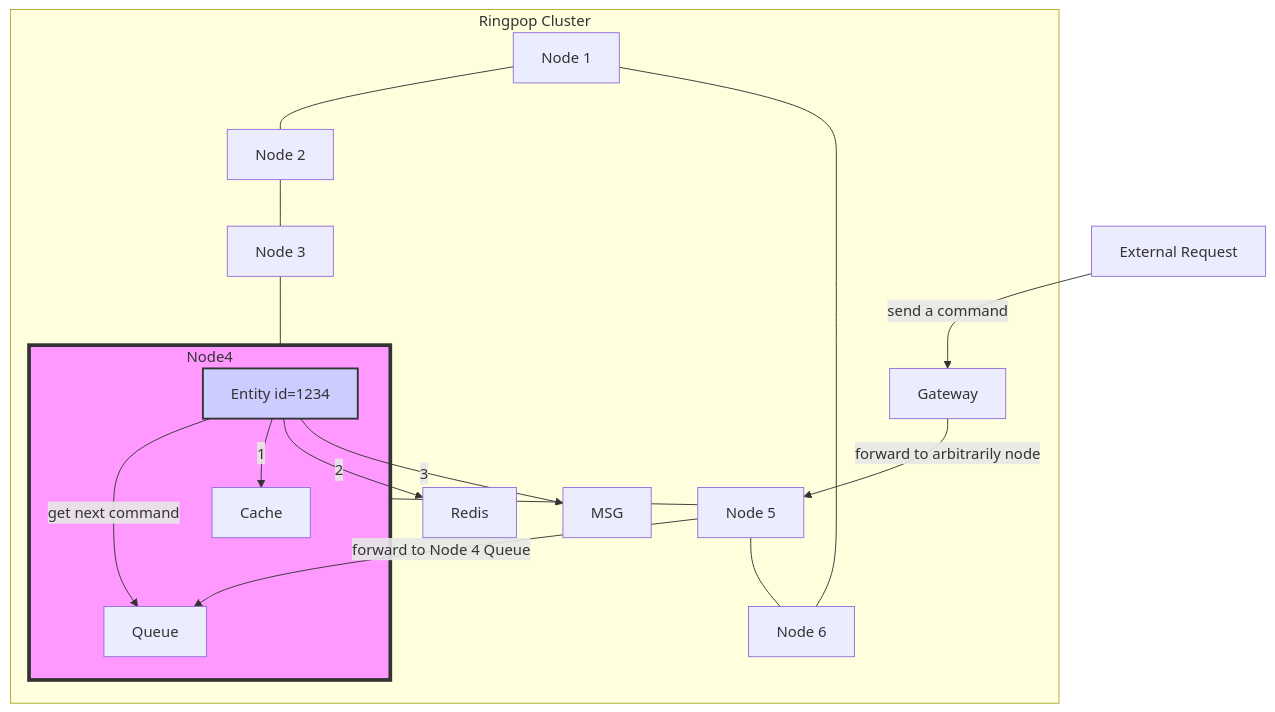
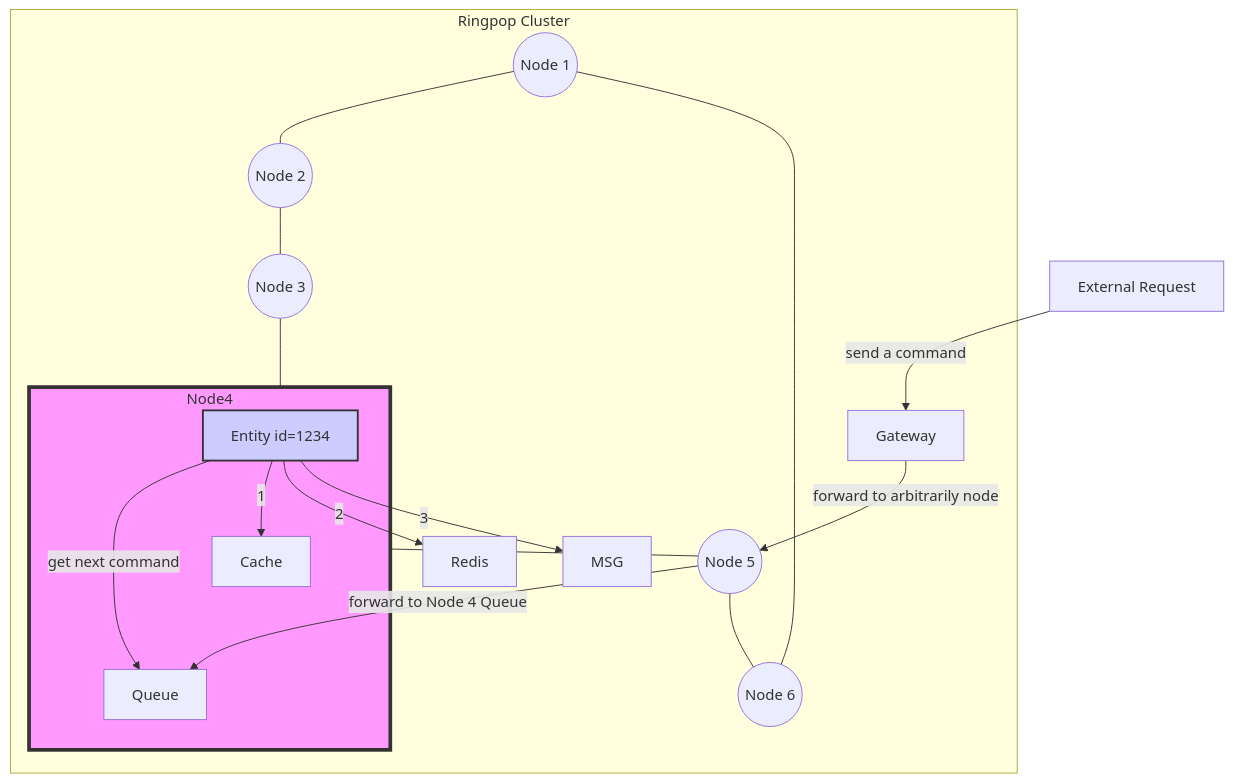
The diagram in ringpop-queue-lock.md (ned13/brief-history-of-scaling-uber), drawn with Mermaid before and after one commit.

````diff
--- a/ringpop-queue-lock.md
+++ b/ringpop-queue-lock.md
@@ -1,37 +1,37 @@
 ```mermaid
 graph TD
     subgraph Ringpop Cluster
-        Node1[Node 1] --- Node2[Node 2]
-        Node2[Node 2] --- Node3[Node 3]
-        Node3[Node 3] --- Node4[Node 4]
-        Node4[Node 4] --- Node5[Node 5]
-        Node5[Node 5] --- Node6[Node 6]
-        Node6[Node 6] --- Node1[Node 1]
+        Node1((Node 1)) --- Node2((Node 2))
+        Node2((Node 2)) --- Node3((Node 3))
+        Node3((Node 3)) --- Node4((Node 4))
+        Node4((Node 4)) --- Node5((Node 5))
+        Node5((Node 5)) --- Node6((Node 6))
+        Node6((Node 6)) --- Node1((Node 1))
         Gateway
         Redis
         MSG
     end
     
-
+    
     subgraph Node4
         Entity1234["Entity id=1234"] 
         Node4Queue[Queue] 
         %% Entity1234 <-- Node4Queue    
         Node4Cache["Cache"]
     end
 
     
 
     extRequest["External Request"] --> |send a command| Gateway
     Gateway --> |forward to arbitrarily node| Node5
     Node5 --> |forward to Node 4 Queue| Node4Queue
     Entity1234 --> |get next command|Node4Queue
     Entity1234 --> |1| Node4Cache
     Entity1234 --> |2| Redis
     Entity1234 --> |3| MSG
     
 
     style Node4 fill:#f9f,stroke:#333,stroke-width:4px
     style Entity1234 fill:#ccf,stroke:#333,stroke-width:2px
 
 ```
````
